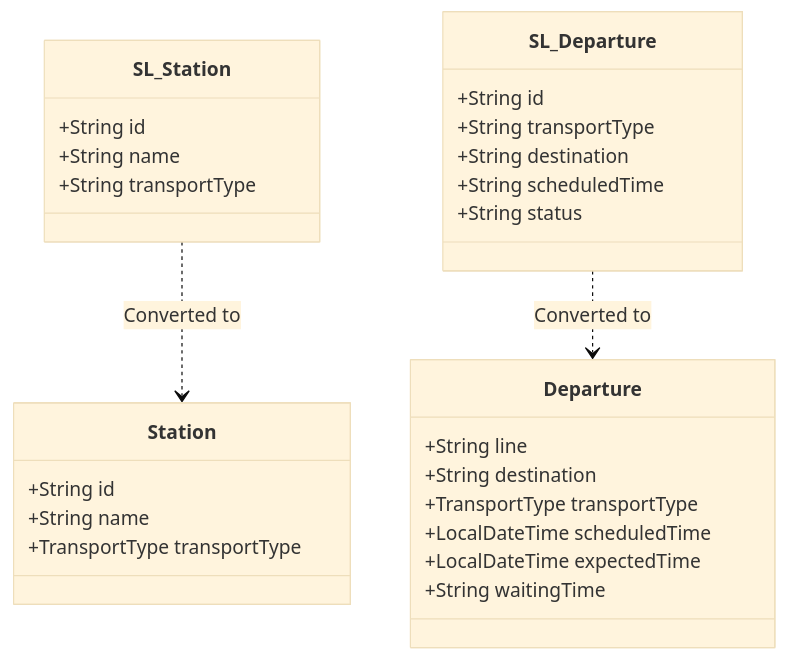
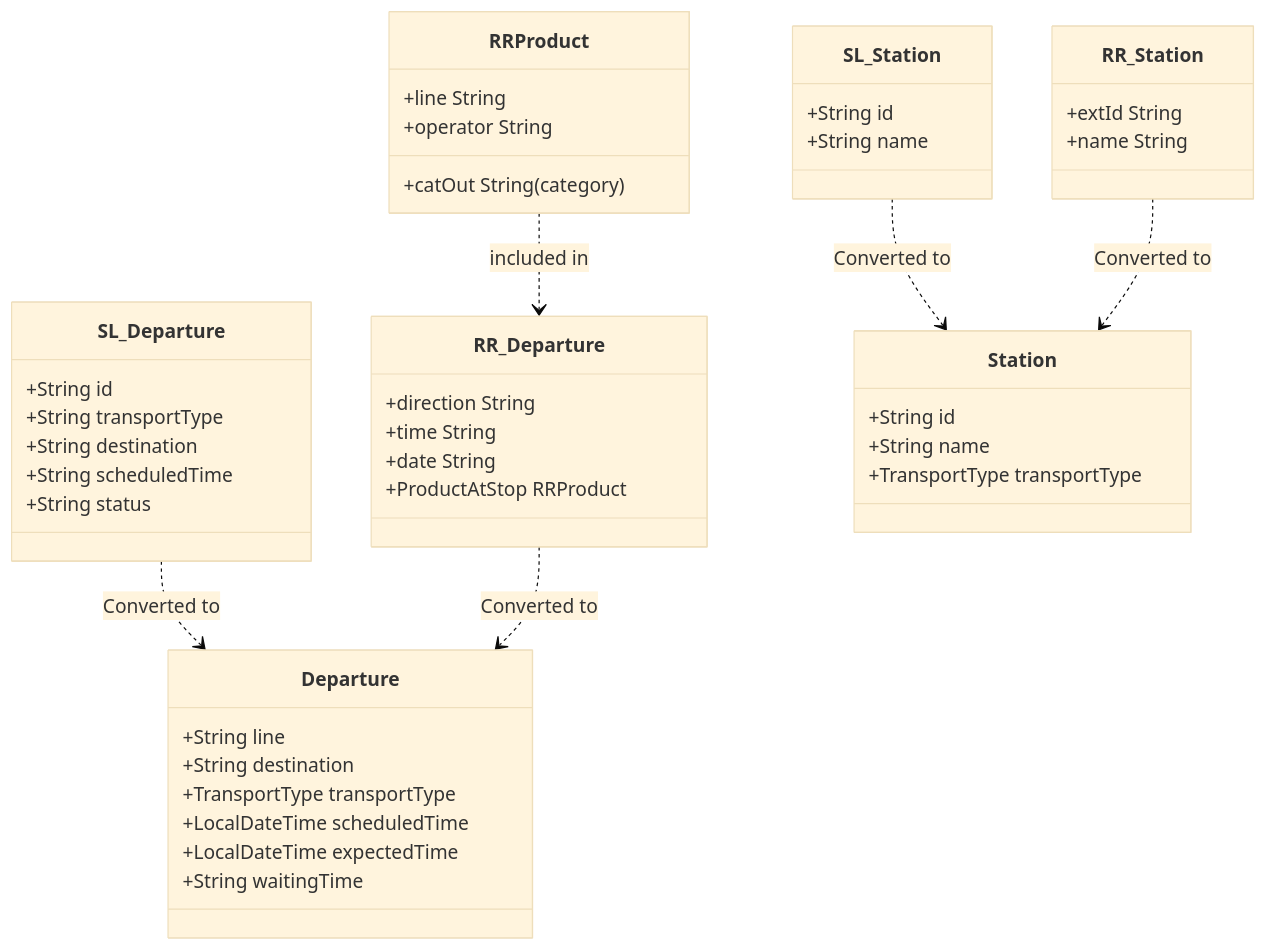
One commit to nicola-ferrarese/Tyrian-Timetable changed the sixth of 6 diagrams in docs/docs/tutorial-basics/detailed_design.md. Above: the diagram before and after it, drawn with Mermaid (base theme). The commit also changed other lines of this file and 7 other files, not shown here.

````diff
--- a/docs/docs/tutorial-basics/detailed_design.md
+++ b/docs/docs/tutorial-basics/detailed_design.md
@@ -166,30 +214,49 @@
 ```mermaid
 classDiagram
 class SL_Station {
 +String id
 +String name
-+String transportType
 }
 class SL_Departure {
 +String id
 +String transportType
 +String destination
 +String scheduledTime
 +String status
 }
+class RR_Station {
+    +extId String
+    +name String
+}
+class RR_Departure {
+    +direction String
+    +time String
+    +date String
+    +ProductAtStop RRProduct
+}
+class RRProduct {
+    +line String
+    +operator String
+    +catOut String (category)
+}
+    
+    
 class Station {
 +String id
 +String name
 +TransportType transportType
 }
 class Departure {
 +String line
 +String destination
 +TransportType transportType
 +LocalDateTime scheduledTime
 +LocalDateTime expectedTime
 +String waitingTime
 }
 SL_Station ..> Station : Converted to
 SL_Departure ..> Departure : Converted to
+RR_Station ..> Station : Converted to
+RR_Departure ..> Departure : Converted to
+RRProduct ..> RR_Departure : included in
 ```
````
